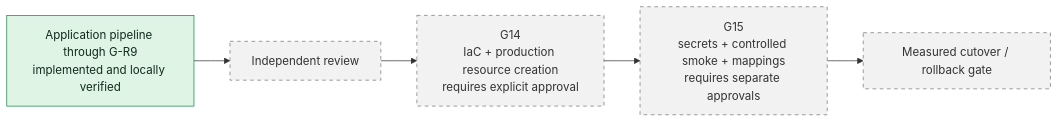
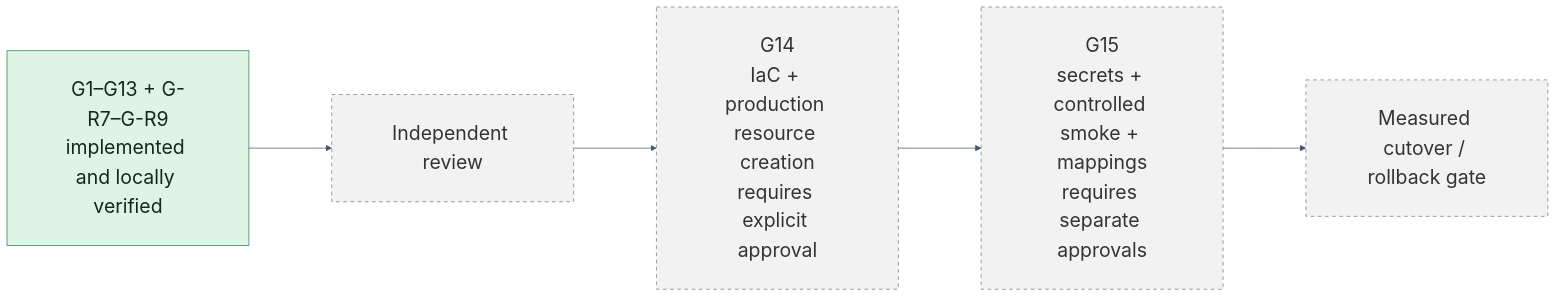
The fourth of 4 diagrams in IMPLEMENTED_AWS_PIPELINE_ARCHITECTURE.md (haritchowdhury/ShopSniper), drawn with Mermaid before and after one commit. The commit also changed other lines of this file, not shown here.

````diff
--- a/IMPLEMENTED_AWS_PIPELINE_ARCHITECTURE.md
+++ b/IMPLEMENTED_AWS_PIPELINE_ARCHITECTURE.md
@@ -246,12 +252,13 @@
 ```mermaid
+%%{init: {"theme":"base","themeVariables":{"fontFamily":"Arial, sans-serif","fontSize":"27px","lineColor":"#475569"},"flowchart":{"curve":"basis","nodeSpacing":90,"rankSpacing":115,"diagramPadding":50,"padding":34,"htmlLabels":true,"useMaxWidth":false}}}%%
 flowchart LR
-    DONE["Application pipeline through G-R9<br/>implemented and locally verified"] --> REVIEW["Independent review"]
+    DONE["G1–G13 + G-R7–G-R9<br/>implemented and locally verified"] --> REVIEW["Independent review"]
     REVIEW --> G14["G14<br/>IaC + production resource creation<br/>requires explicit approval"]
     G14 --> G15["G15<br/>secrets + controlled smoke + mappings<br/>requires separate approvals"]
     G15 --> CUTOVER["Measured cutover / rollback gate"]
 
     classDef complete fill:#dff4e4,stroke:#18864b,color:#102b1c;
     classDef parked fill:#f2f2f2,stroke:#777,color:#333,stroke-dasharray: 5 5;
     class DONE complete;
     class REVIEW,G14,G15,CUTOVER parked;
 ```
````
